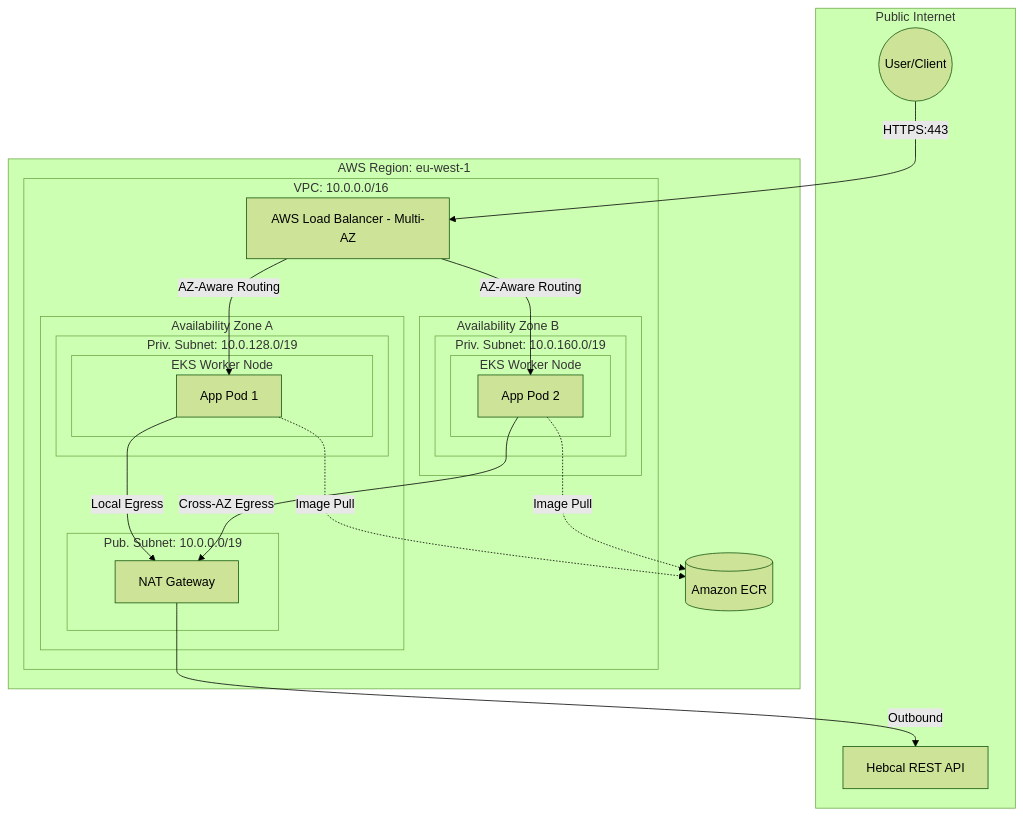
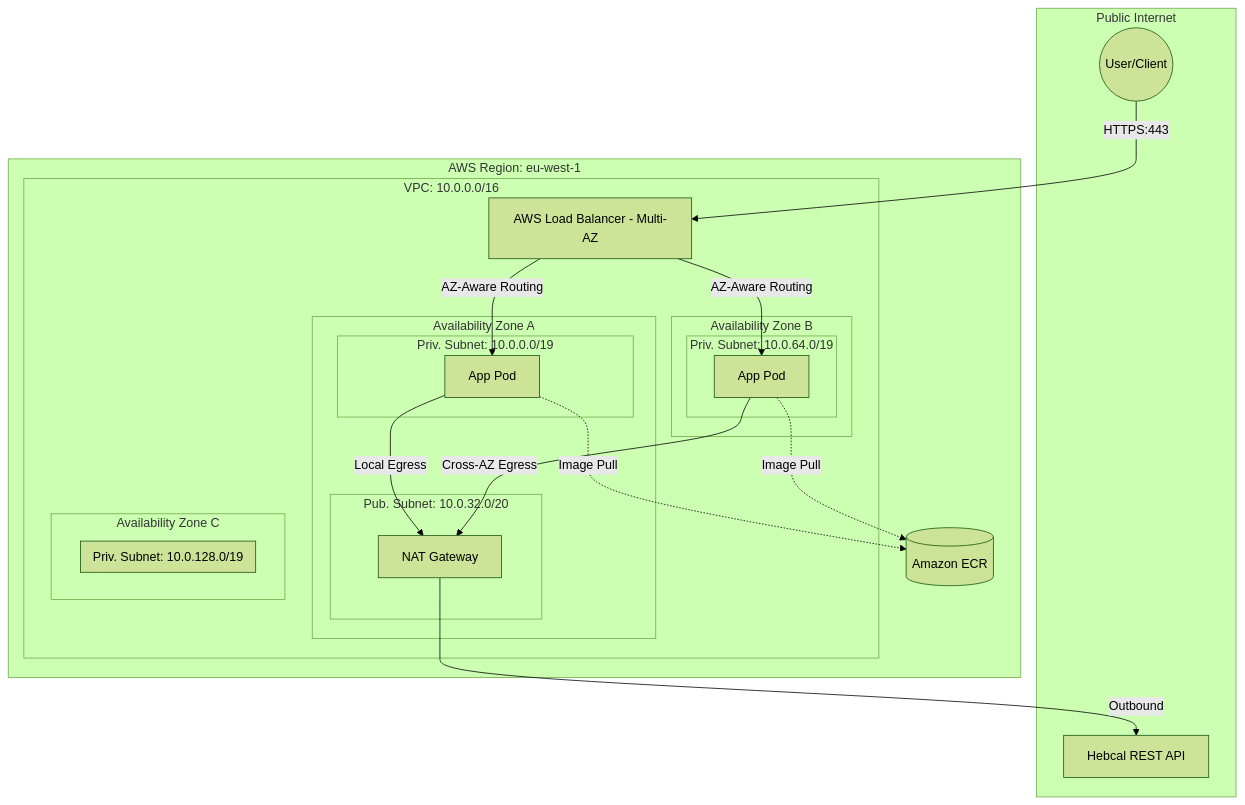
The diagram in README.md (idogann/aws-kubernetes-iac), drawn with Mermaid (forest theme) before and after one commit. The commit also changed other lines of this file, not shown here.

Commit message:
Update VPC diagram to reflect 3-AZ topology and subnet adjustments

````diff
--- a/README.md
+++ b/README.md
@@ -8,46 +8,48 @@
 ```mermaid
 graph TD
     subgraph Public_Internet [Public Internet]
         User((User/Client))
         Hebcal[Hebcal REST API]
     end
 
     subgraph AWS_Region [AWS Region: eu-west-1]
         ECR[(Amazon ECR)]
         
         subgraph VPC [VPC: 10.0.0.0/16]
             ALB[AWS Load Balancer - Multi-AZ]
 
-            subgraph AZ_1 [Availability Zone A]
-                subgraph Public_Subnet_A ["Pub. Subnet: 10.0.0.0/19"]
+            subgraph AZ_A [Availability Zone A]
+                subgraph Public_Subnet_A ["Pub. Subnet: 10.0.32.0/20"]
                     NAT[NAT Gateway]
                 end
-                subgraph Private_Subnet_A ["Priv. Subnet: 10.0.128.0/19"]
-                    subgraph Node_1 ["EKS Worker Node"]
-                        Pod1[App Pod 1]
-                    end
+                subgraph Private_Subnet_A ["Priv. Subnet: 10.0.0.0/19"]
+                    Pod1[App Pod]
                 end
             end
 
-            subgraph AZ_2 ["Availability Zone B &nbsp;&nbsp;&nbsp;&nbsp;&nbsp;&nbsp;&nbsp;&nbsp;&nbsp;&nbsp;&nbsp;&nbsp;"]
-                subgraph Private_Subnet_B ["Priv. Subnet: 10.0.160.0/19"]
-                    subgraph Node_2 ["EKS Worker Node"]
-                        Pod2[App Pod 2]
-                    end
+            subgraph AZ_B [Availability Zone B]
+                subgraph Private_Subnet_B ["Priv. Subnet: 10.0.64.0/19"]
+                    Pod2[App Pod]
+                end
+            end
+
+            subgraph AZ_C [Availability Zone C]
+                subgraph Private_Subnet_C ["Priv. Subnet: 10.0.128.0/19"]
+                    %% Ready for Scaling
                 end
             end
         end
     end
 
     %% Ingress Flow
     User -->|HTTPS:443| ALB
     ALB -->|AZ-Aware Routing| Pod1 & Pod2
 
     %% Egress Flow (The Strategic Part)
     Pod1 -->|Local Egress| NAT
     Pod2 -->|Cross-AZ Egress| NAT
     NAT -->|Outbound| Hebcal
 
     %% Registry Flow
     Pod1 & Pod2 -.->|Image Pull| ECR
 ```
````
